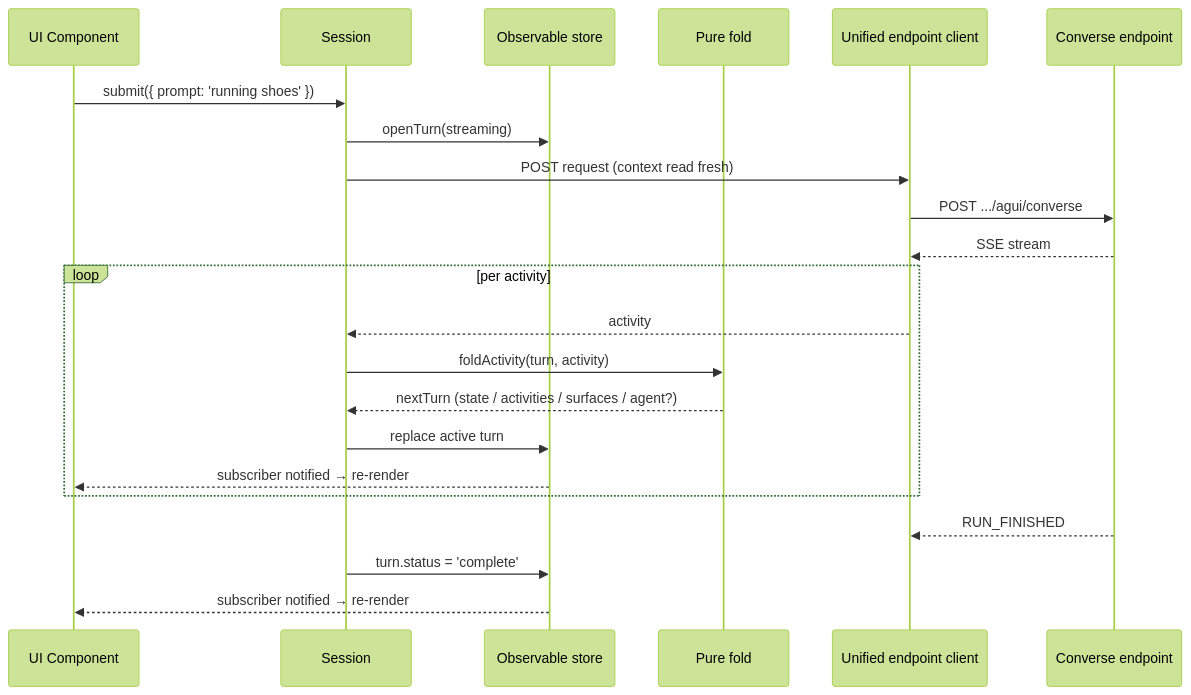
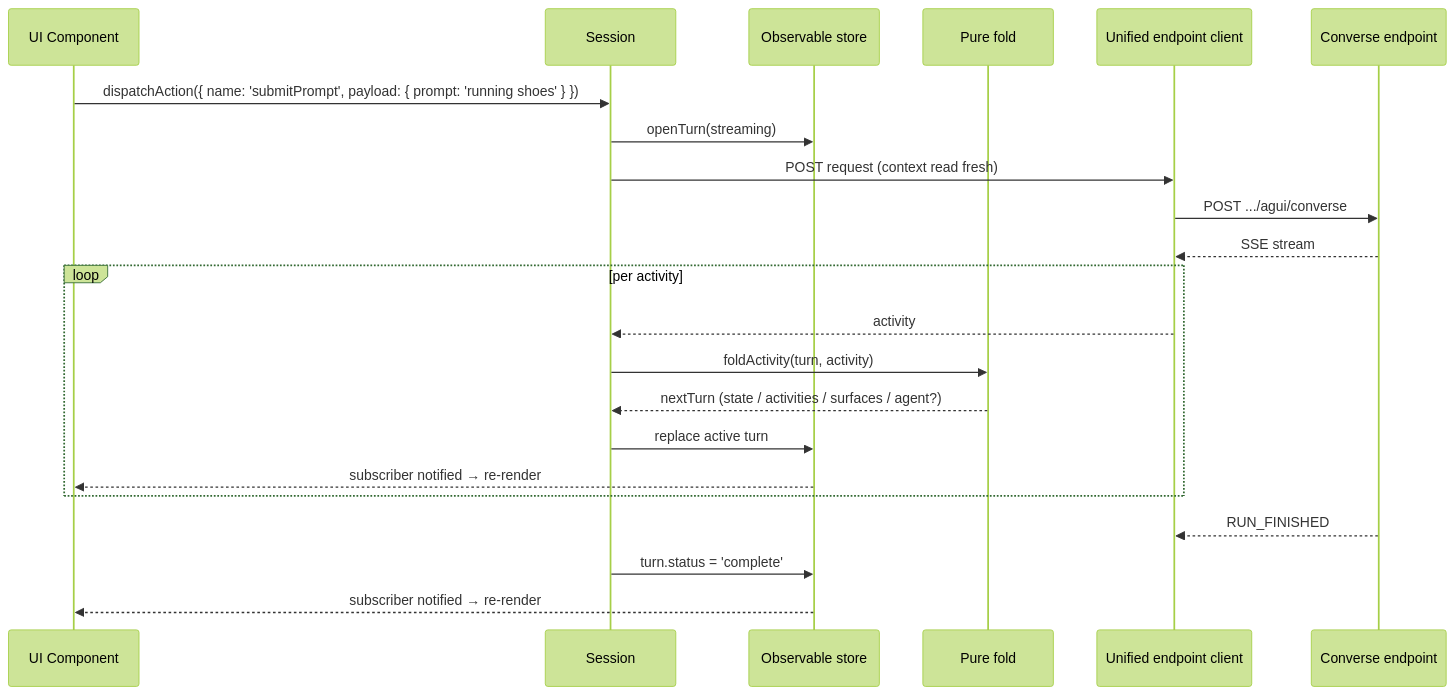
One commit to coveo/ui-kit changed the second of 2 diagrams in packages/thermidor/docs/architecture.md. Above: the diagram before and after it, drawn with Mermaid (forest theme). The commit also changed other lines of this file and 8 other files, not shown here.

First line of the commit message:
feat(thermidor): submit prompts through dispatchAction with submitPrompt j:KIT-6204

````diff
--- a/packages/thermidor/docs/architecture.md
+++ b/packages/thermidor/docs/architecture.md
@@ -174,25 +174,25 @@
 ```mermaid
 sequenceDiagram
     participant UI as UI Component
     participant S as Session
     participant Store as Observable store
     participant Fold as Pure fold
     participant API as Unified endpoint client
     participant Coveo as Converse endpoint
 
-    UI->>S: submit({ prompt: 'running shoes' })
+    UI->>S: dispatchAction({ name: 'submitPrompt', payload: { prompt: 'running shoes' } })
     S->>Store: openTurn(streaming)
     S->>API: POST request (context read fresh)
     API->>Coveo: POST .../agui/converse
     Coveo-->>API: SSE stream
     loop per activity
         API-->>S: activity
         S->>Fold: foldActivity(turn, activity)
         Fold-->>S: nextTurn (state / activities / surfaces / agent?)
         S->>Store: replace active turn
         Store-->>UI: subscriber notified → re-render
     end
     Coveo-->>API: RUN_FINISHED
     S->>Store: turn.status = 'complete'
     Store-->>UI: subscriber notified → re-render
 ```
````
